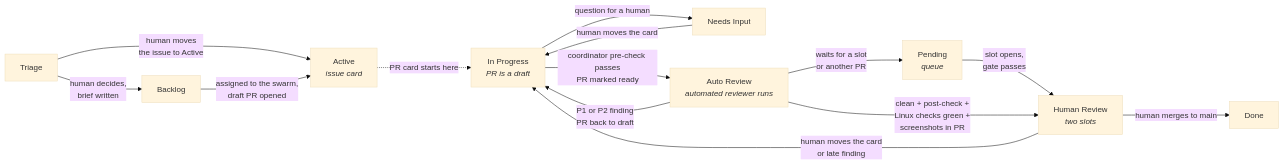
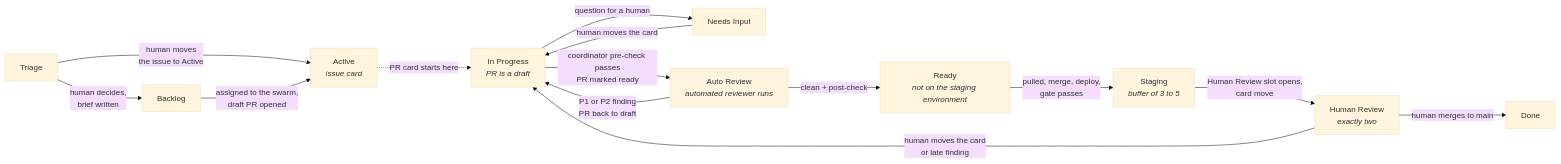
One commit to tangentcode/methodology changed the diagram in diagrams-src/board.mmd. Above: the diagram before and after it, drawn with Mermaid (base theme). The commit also changed 12 other files, not shown here.

First line of the commit message:
Document the lean just-in-time Human Review flow (#57)

```diff
--- a/diagrams-src/board.mmd
+++ b/diagrams-src/board.mmd
@@ -1,14 +1,14 @@
 flowchart LR
     T[Triage] -->|human decides,<br/>brief written| B[Backlog]
     T -->|human moves<br/>the issue to Active| AC[Active<br/><i>issue card</i>]
     B -->|assigned to the swarm,<br/>draft PR opened| AC
     AC -.->|PR card starts here| IP[In Progress<br/><i>PR is a draft</i>]
     IP -->|question for a human| NI[Needs Input]
     NI -->|human moves the card| IP
     IP -->|coordinator pre-check passes<br/>PR marked ready| AR[Auto Review<br/><i>automated reviewer runs</i>]
     AR -->|P1 or P2 finding<br/>PR back to draft| IP
-    AR -->|waits for a slot<br/>or another PR| P[Pending<br/><i>queue</i>]
-    P -->|slot opens,<br/>gate passes| HR
-    AR -->|clean + post-check +<br/>Linux checks green +<br/>screenshots in PR| HR[Human Review<br/><i>two slots</i>]
+    AR -->|clean + post-check| R[Ready<br/><i>not on the staging environment</i>]
+    R -->|pulled, merge, deploy,<br/>gate passes| P[Staging<br/><i>buffer of 3 to 5</i>]
+    P -->|Human Review slot opens,<br/>card move| HR[Human Review<br/><i>exactly two</i>]
     HR -->|human moves the card<br/>or late finding| IP
     HR -->|human merges to main| D[Done]
```
